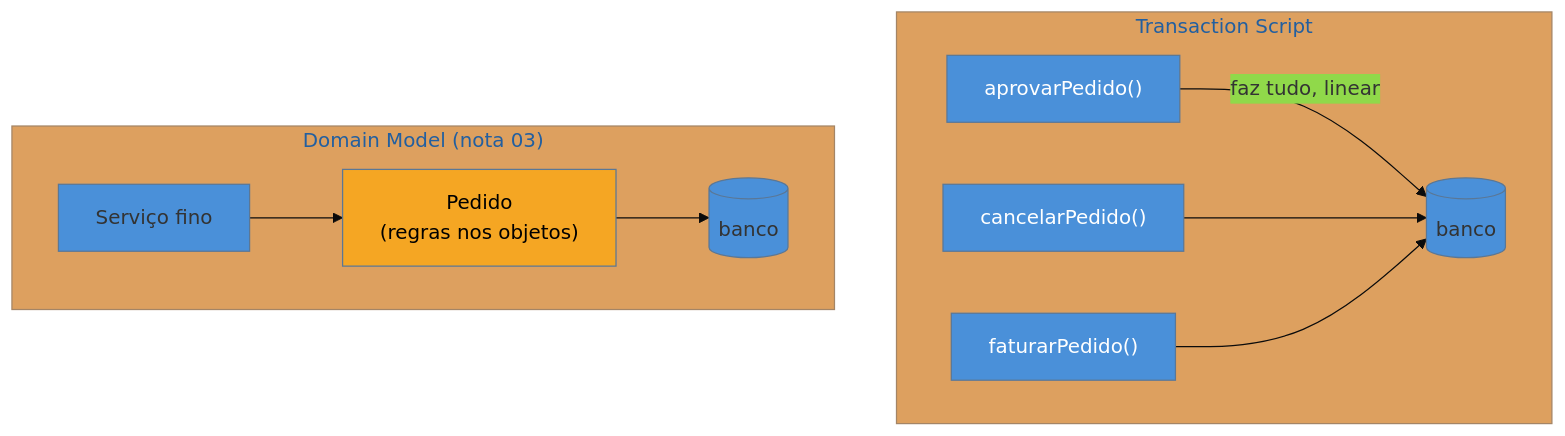
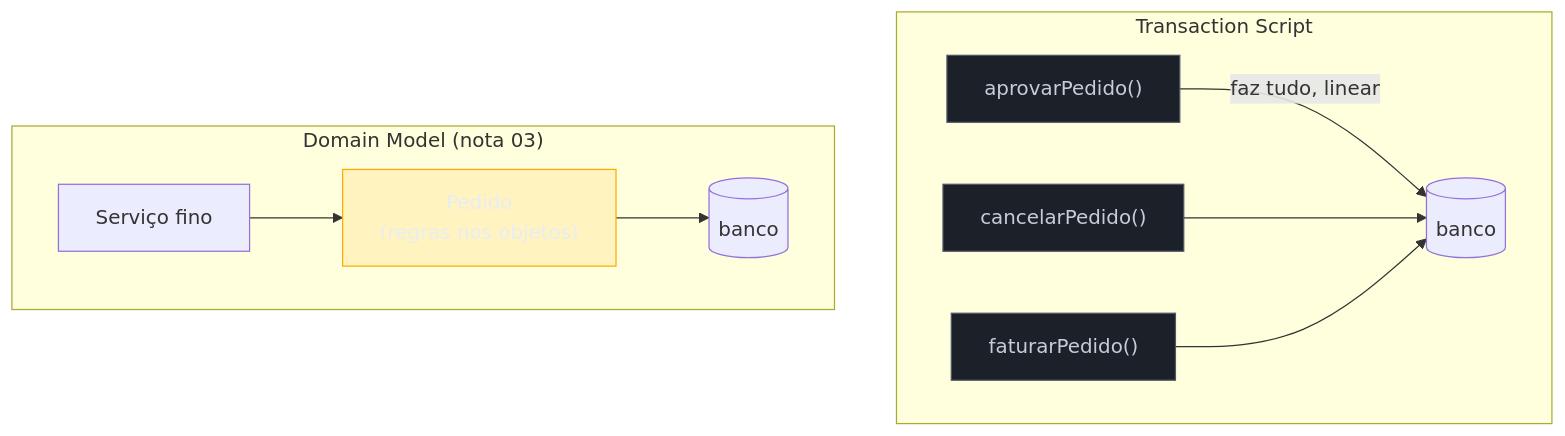
The diagram in 03-Dominios/Engenharia/Design de Software/Padrões de Projeto/Acesso a Dados/02 - Transaction Script.md (josenaldo/codex-technomanticus), drawn with Mermaid before and after one commit. The commit also changed 1181 other files, not shown here.

First line of the commit message:
fix(diagramas): paleta do sistema no lugar de cor cravada no markdown

````diff
--- a/03-Dominios/Engenharia/Design de Software/Padrões de Projeto/Acesso a Dados/02 - Transaction Script.md
+++ b/03-Dominios/Engenharia/Design de Software/Padrões de Projeto/Acesso a Dados/02 - Transaction Script.md
@@ -35,17 +35,18 @@
 ```mermaid
-%%{init: {"theme": "base", "themeVariables": {"primaryColor": "#4A90D9"}}}%%
 graph TD
+    classDef neutro fill:#1B2029,stroke:#4E5666,color:#C6CCD8
+    classDef destaque fill:#FFAA0024,stroke:#FFAA00,color:#E9ECF2
     subgraph TS["Transaction Script"]
         R1["aprovarPedido()"] -->|"faz tudo, linear"| DB1[(banco)]
         R2["cancelarPedido()"] --> DB1
         R3["faturarPedido()"] --> DB1
     end
     subgraph DM["Domain Model (nota 03)"]
         S["Serviço fino"] --> O["Pedido<br/>(regras nos objetos)"] --> DB2[(banco)]
     end
 
-    style R1 fill:#4A90D9,color:#fff
-    style R2 fill:#4A90D9,color:#fff
-    style R3 fill:#4A90D9,color:#fff
-    style O fill:#F5A623,color:#000
+    class R1 neutro
+    class R2 neutro
+    class R3 neutro
+    class O destaque
 ```
````
